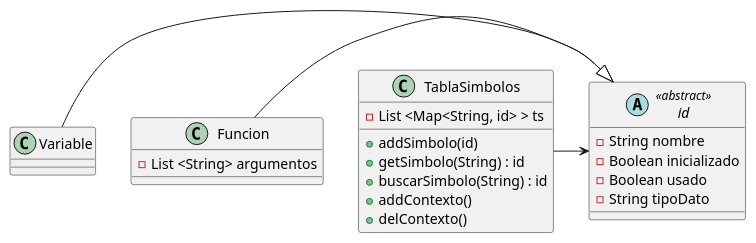
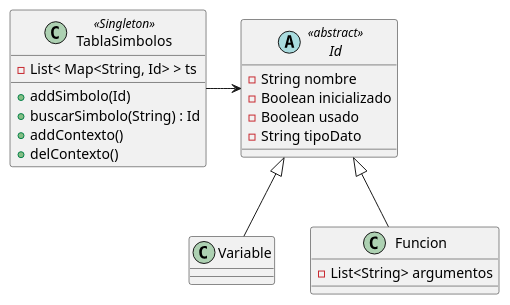
Before and after one commit to galiasmu/TC: the diagram in Informacion-clases/TablaSimbolos.puml, drawn with PlantUML. The commit also changed 7 other files, not shown here.

Commit message:
Creando TablaSimbolos.java para empezar con el TP2

```diff
--- a/Informacion-clases/TablaSimbolos.puml
+++ b/Informacion-clases/TablaSimbolos.puml
@@ -1,39 +1,29 @@
-@startuml
+@startuml TablaSimbolos
 
-
-
-class TablaSimbolos {
-    -List <Map<String, id> > ts
-    +addSimbolo(id)
-    +getSimbolo(String) : id
-    +buscarSimbolo(String) : id
-    +addContexto()
-    +delContexto()
+class TablaSimbolos <<Singleton>> {
+    - List< Map<String, Id> > ts
+    + addSimbolo(Id)
+    + buscarSimbolo(String) : Id
+    + addContexto()
+    + delContexto()
 }
 
 
-
-
-class Variable{}
-
-
-abstract class id <<abstract>> {
-    -String nombre
-    -Boolean inicializado
-    -Boolean usado
-    -String tipoDato
+abstract class Id <<abstract>> {
+    - String nombre
+    - Boolean inicializado
+    - Boolean usado
+    - String tipoDato
 }
 
+class Variable {}
+
 class Funcion {
-    - List <String> argumentos
+    - List<String> argumentos
 }
 
-
-
-
-Variable -|> id
-Funcion -|> id
-TablaSimbolos -> id 
-
+TablaSimbolos -> Id
+Id <|-- Variable
+Id <|-- Funcion
 
 @enduml
```
